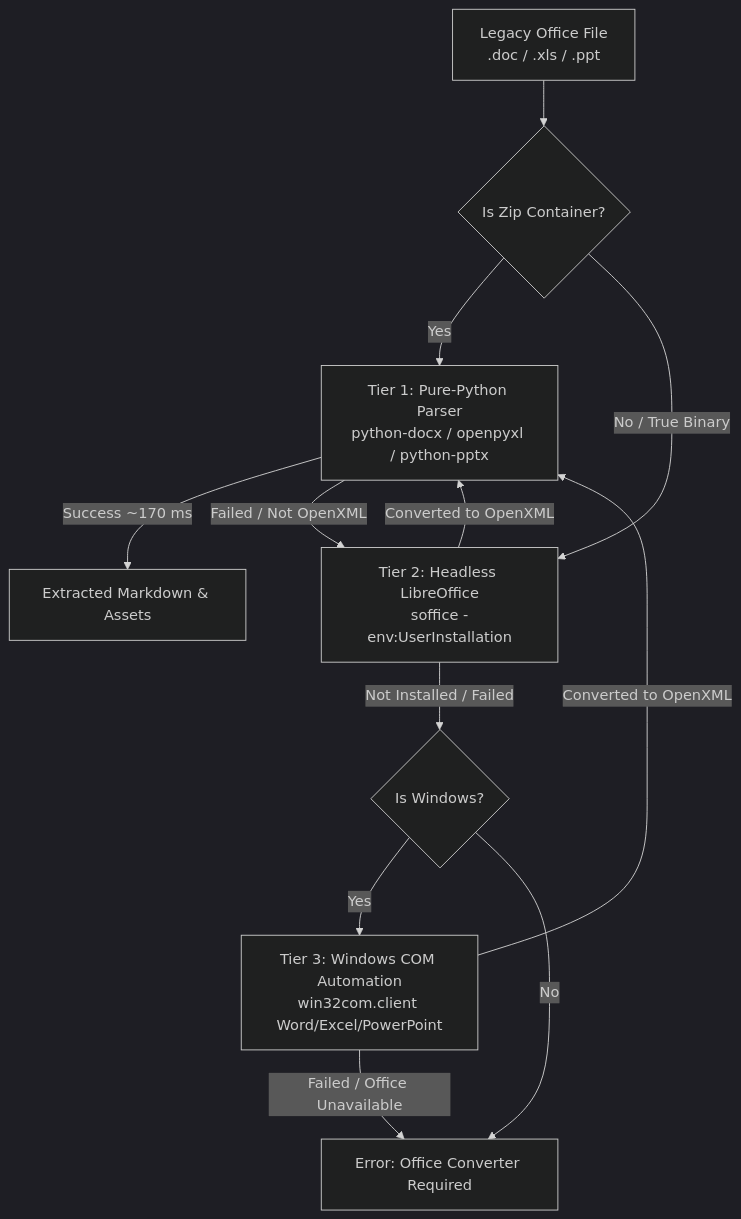
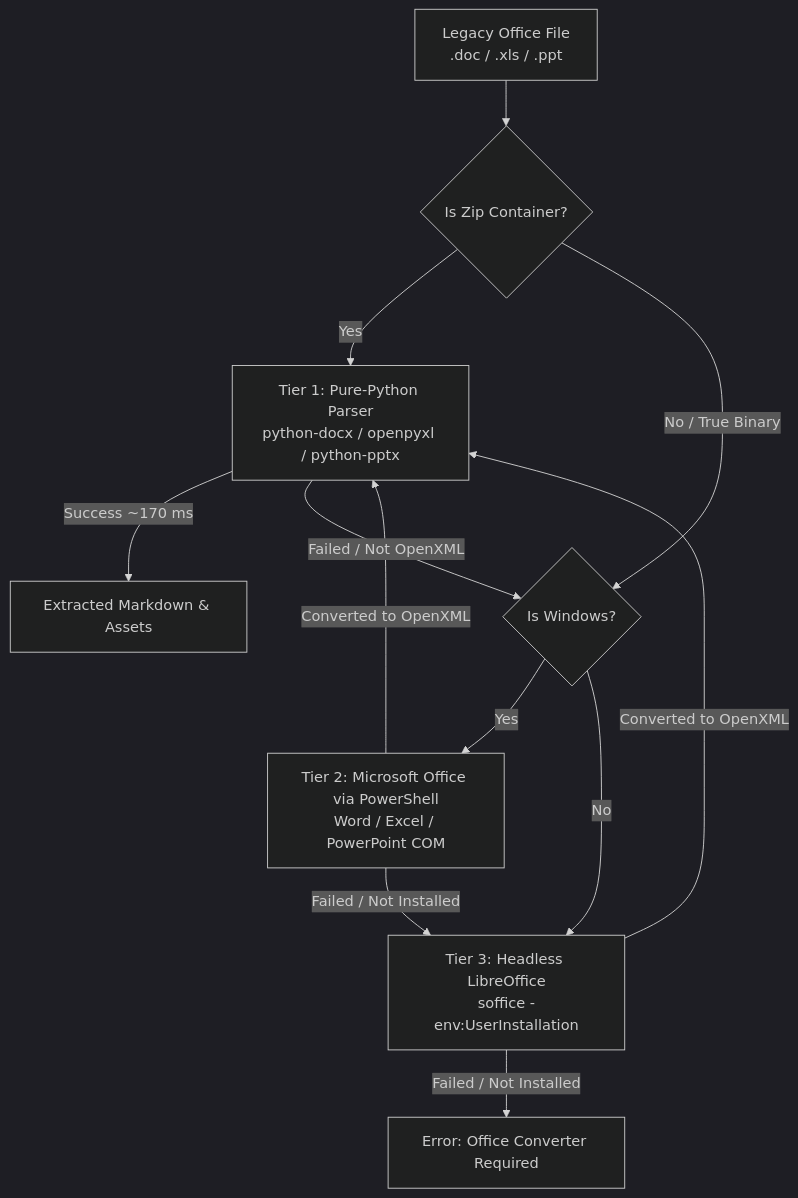
The second of 2 diagrams in docs/ARCHITECTURE.md (sergeypugin/hammerdown), drawn with Mermaid (dark theme) before and after one commit. The commit also changed other lines of this file, not shown here.

Commit message:
docs(architecture): update cascade diagram and description to reflect PowerShell MS Office first order

````diff
--- a/docs/ARCHITECTURE.md
+++ b/docs/ARCHITECTURE.md
@@ -75,18 +75,18 @@
 ```mermaid
 flowchart TD
     INPUT[Legacy Office File<br>.doc / .xls / .ppt] --> CHECK{Is Zip Container?}
 
     CHECK -->|Yes| TIER1[Tier 1: Pure-Python Parser<br>python-docx / openpyxl / python-pptx]
     TIER1 -->|Success ~170 ms| SUCCESS[Extracted Markdown & Assets]
-    TIER1 -->|Failed / Not OpenXML| TIER2
+    TIER1 -->|Failed / Not OpenXML| WIN_CHECK{Is Windows?}
 
-    CHECK -->|No / True Binary| TIER2[Tier 2: Headless LibreOffice<br>soffice -env:UserInstallation]
+    CHECK -->|No / True Binary| WIN_CHECK
+
+    WIN_CHECK -->|Yes| TIER2[Tier 2: Microsoft Office via PowerShell<br>Word / Excel / PowerPoint COM]
     TIER2 -->|Converted to OpenXML| TIER1
-    TIER2 -->|Not Installed / Failed| WIN_CHECK{Is Windows?}
+    TIER2 -->|Failed / Not Installed| TIER3
 
-    WIN_CHECK -->|Yes| TIER3[Tier 3: Windows COM Automation<br>win32com.client Word/Excel/PowerPoint]
+    WIN_CHECK -->|No| TIER3[Tier 3: Headless LibreOffice<br>soffice -env:UserInstallation]
     TIER3 -->|Converted to OpenXML| TIER1
-    TIER3 -->|Failed / Office Unavailable| FAIL[Error: Office Converter Required]
-
-    WIN_CHECK -->|No| FAIL
+    TIER3 -->|Failed / Not Installed| FAIL[Error: Office Converter Required]
 ```
````
